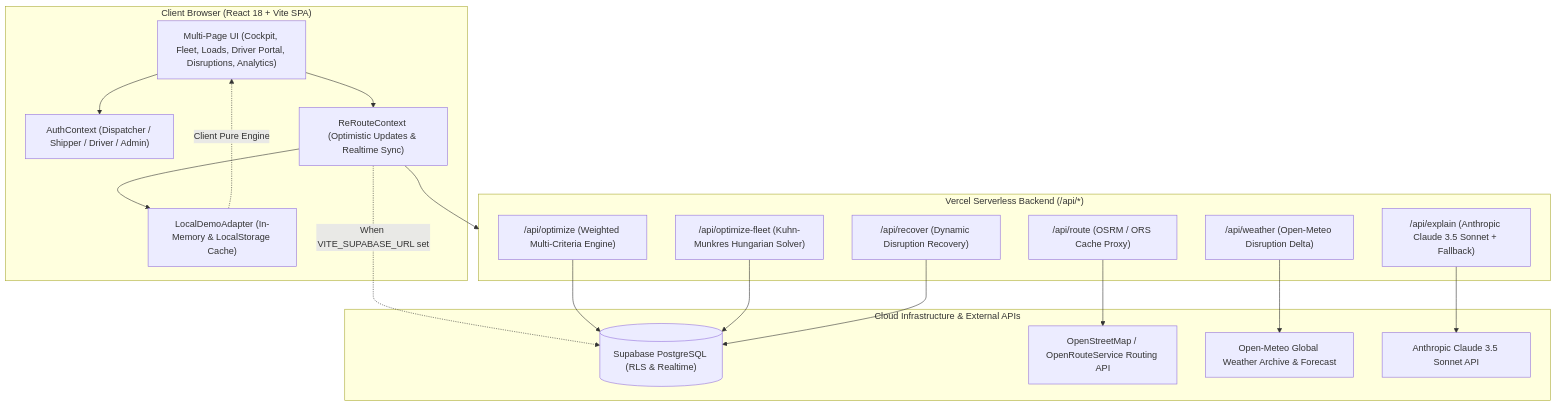
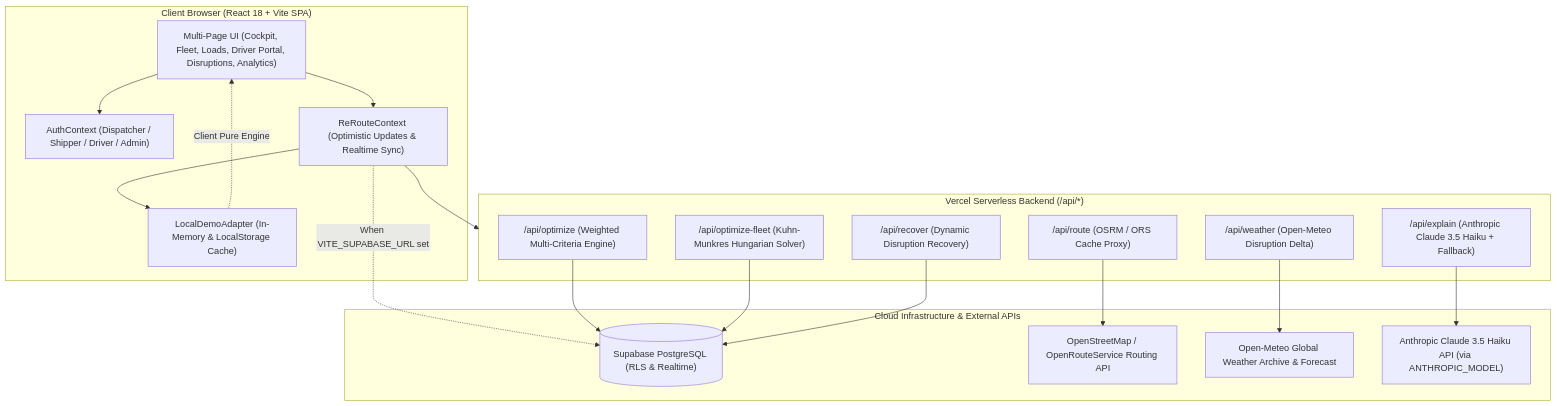
One commit to arpitahyalij28-dot/ReRouteAI changed the diagram in README.md. Above: the diagram before and after it, drawn with Mermaid. The commit also changed other lines of this file and 16 other files, not shown here.

````diff
--- a/README.md
+++ b/README.md
@@ -21,40 +21,40 @@
 ```mermaid
 graph TB
     subgraph Client ["Client Browser (React 18 + Vite SPA)"]
         UI["Multi-Page UI (Cockpit, Fleet, Loads, Driver Portal, Disruptions, Analytics)"]
         RoleCtx["AuthContext (Dispatcher / Shipper / Driver / Admin)"]
         DataCtx["ReRouteContext (Optimistic Updates & Realtime Sync)"]
         LocalRepo["LocalDemoAdapter (In-Memory & LocalStorage Cache)"]
     end
 
     subgraph Serverless ["Vercel Serverless Backend (/api/*)"]
         APIRoute["/api/route (OSRM / ORS Cache Proxy)"]
         APIWeather["/api/weather (Open-Meteo Disruption Delta)"]
         APIOptimize["/api/optimize (Weighted Multi-Criteria Engine)"]
         APIFleet["/api/optimize-fleet (Kuhn-Munkres Hungarian Solver)"]
         APIRecover["/api/recover (Dynamic Disruption Recovery)"]
-        APIExplain["/api/explain (Anthropic Claude 3.5 Sonnet + Fallback)"]
+        APIExplain["/api/explain (Anthropic Claude 3.5 Haiku + Fallback)"]
     end
 
     subgraph CloudServices ["Cloud Infrastructure & External APIs"]
         SupabaseDB[("Supabase PostgreSQL (RLS & Realtime)")]
         OSRM["OpenStreetMap / OpenRouteService Routing API"]
         Meteo["Open-Meteo Global Weather Archive & Forecast"]
-        Claude["Anthropic Claude 3.5 Sonnet API"]
+        Claude["Anthropic Claude 3.5 Haiku API (via ANTHROPIC_MODEL)"]
     end
 
     UI --> RoleCtx
     UI --> DataCtx
     DataCtx --> LocalRepo
     DataCtx -.->|"When VITE_SUPABASE_URL set"| SupabaseDB
 
     LocalRepo -.->|"Client Pure Engine"| UI
     DataCtx --> Serverless
 
     APIRoute --> OSRM
     APIWeather --> Meteo
     APIExplain --> Claude
     APIOptimize --> SupabaseDB
     APIFleet --> SupabaseDB
     APIRecover --> SupabaseDB
 ```
````
